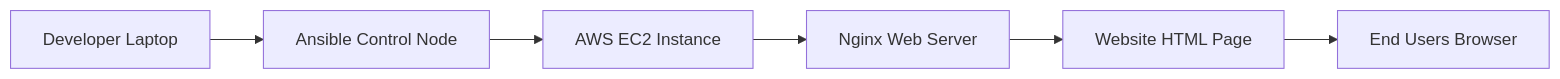
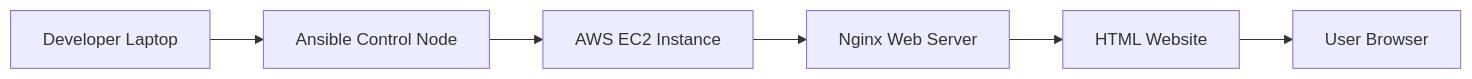
One commit to arkantandel/Deployement-using-Ansible changed the first of 3 diagrams in README.md. Above: the diagram before and after it, drawn with Mermaid. The commit also changed other lines of this file, not shown here.

````diff
--- a/README.md
+++ b/README.md
@@ -52,8 +56,8 @@
 ```mermaid
 flowchart LR
     A[Developer Laptop] --> B[Ansible Control Node]
     B --> C[AWS EC2 Instance]
     C --> D[Nginx Web Server]
-    D --> E[Website HTML Page]
-    E --> F[End Users Browser]
+    D --> E[HTML Website]
+    E --> F[User Browser]
 ```
````
